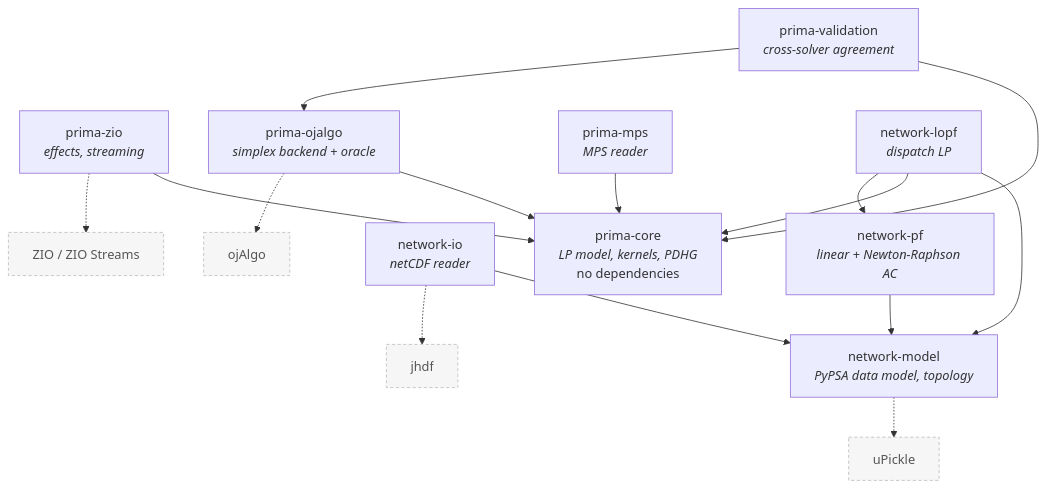
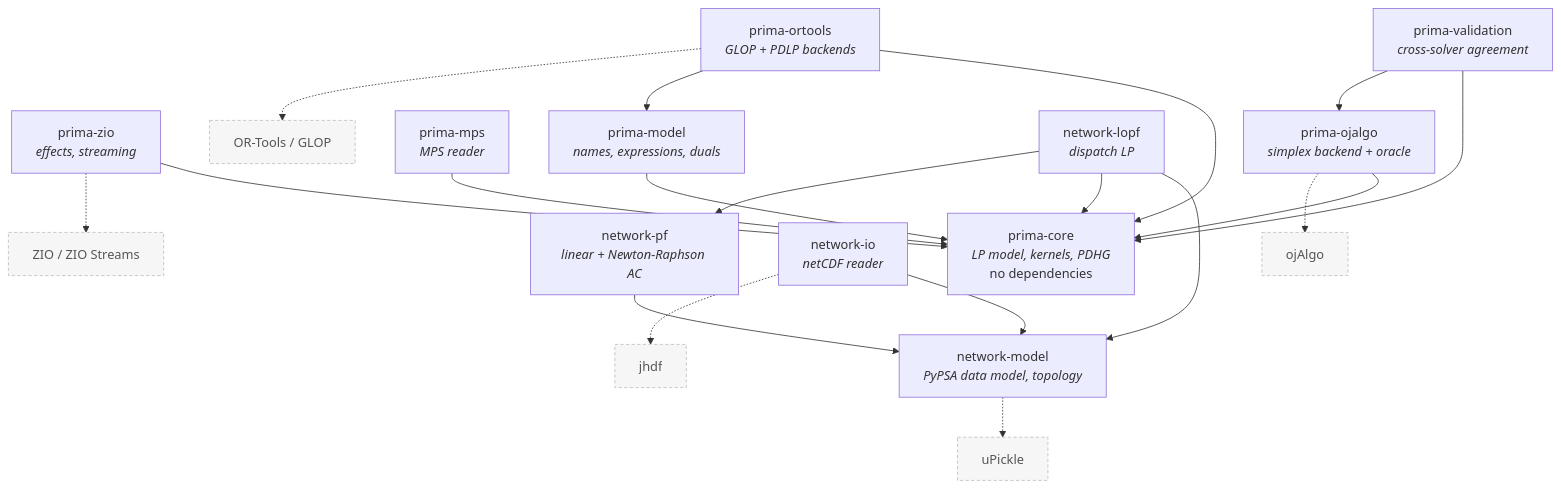
Before and after one commit to oluies/noaidi: the first of 6 diagrams in ARCHITECTURE.md, drawn with Mermaid. The commit also changed other lines of this file and 33 other files, not shown here.

````diff
--- a/ARCHITECTURE.md
+++ b/ARCHITECTURE.md
@@ -33,35 +33,42 @@
 ```mermaid
 graph TD
     primaCore["prima-core<br/><i>LP model, kernels, PDHG</i><br/>no dependencies"]
     primaZio["prima-zio<br/><i>effects, streaming</i>"]
     primaOjalgo["prima-ojalgo<br/><i>simplex backend + oracle</i>"]
     primaValidation["prima-validation<br/><i>cross-solver agreement</i>"]
     primaMps["prima-mps<br/><i>MPS reader</i>"]
+    primaModel["prima-model<br/><i>names, expressions, duals</i>"]
+    primaOrtools["prima-ortools<br/><i>GLOP + PDLP backends</i>"]
 
     networkModel["network-model<br/><i>PyPSA data model, topology</i>"]
     networkLopf["network-lopf<br/><i>dispatch LP</i>"]
     networkPf["network-pf<br/><i>linear + Newton-Raphson AC</i>"]
     networkIo["network-io<br/><i>netCDF reader</i>"]
 
     zioLib["ZIO / ZIO Streams"]:::ext
     ojalgoLib["ojAlgo"]:::ext
     upickleLib["uPickle"]:::ext
     jhdfLib["jhdf"]:::ext
+    ortoolsLib["OR-Tools / GLOP"]:::ext
 
     primaZio --> primaCore
     primaOjalgo --> primaCore
     primaValidation --> primaCore
     primaValidation --> primaOjalgo
     primaMps --> primaCore
+    primaModel --> primaCore
+    primaOrtools --> primaCore
+    primaOrtools --> primaModel
     networkLopf --> networkModel
     networkLopf --> primaCore
     networkLopf --> networkPf
     networkPf --> networkModel
     networkIo --> networkModel
     primaZio -.-> zioLib
     primaOjalgo -.-> ojalgoLib
     networkModel -.-> upickleLib
     networkIo -.-> jhdfLib
+    primaOrtools -.-> ortoolsLib
 
     classDef ext fill:#f6f6f6,stroke:#bbb,stroke-dasharray:4 3,color:#555;
 ```
````
